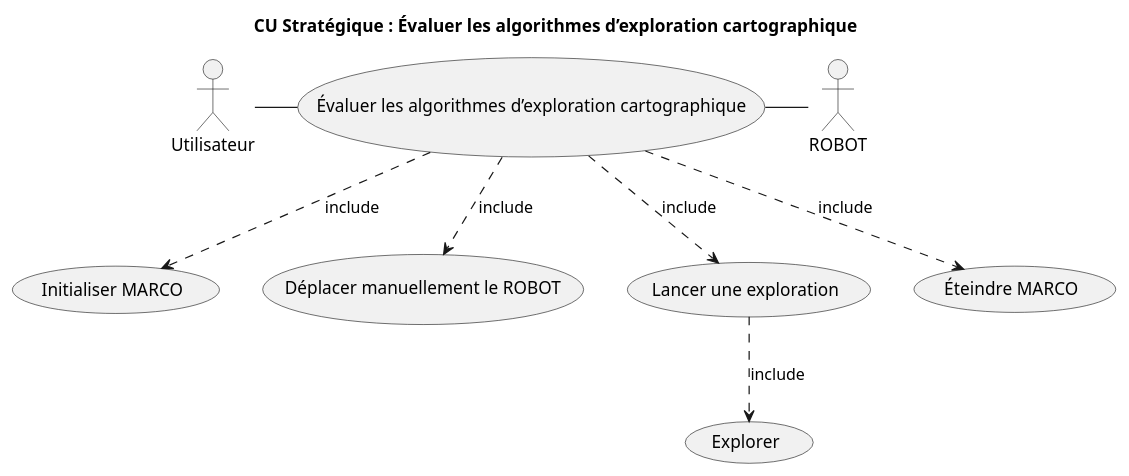
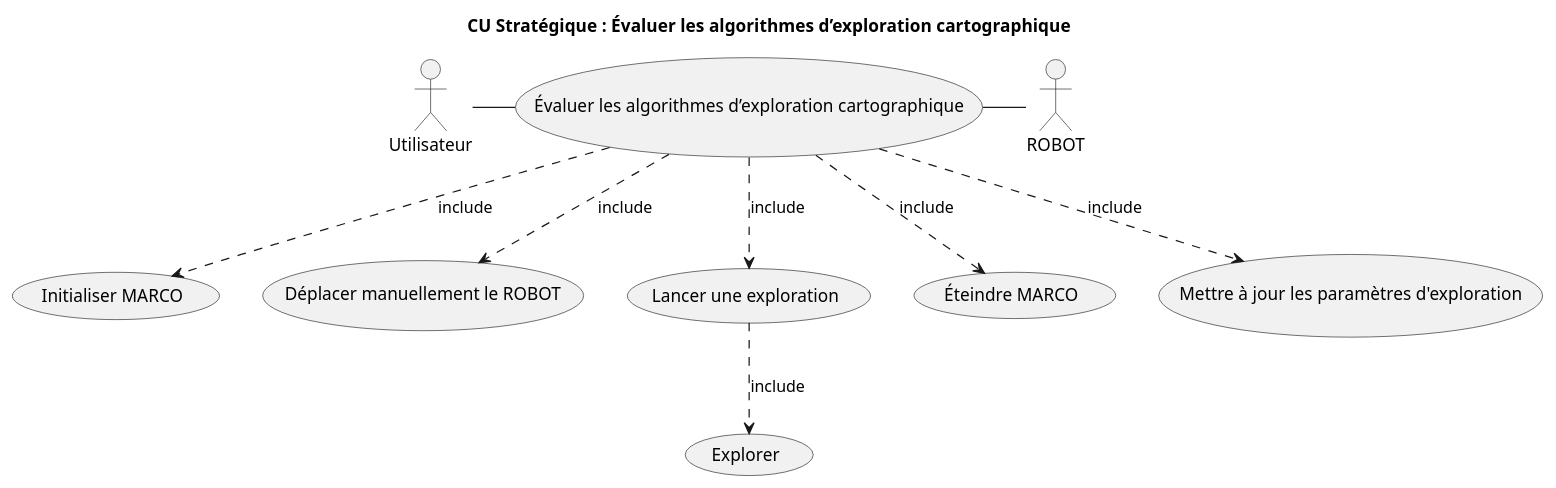
One commit to Larson-09/PATO_Project changed the diagram in Diagrammes UML/1.2.1 CU Stratégique/1.2.1 CU Stratégique.puml. Above: the diagram before and after it, drawn with PlantUML.

Commit message:
ajout du CU manquand

```diff
--- a/Diagrammes UML/1.2.1 CU Stratégique/1.2.1 CU Stratégique.puml
+++ b/Diagrammes UML/1.2.1 CU Stratégique/1.2.1 CU Stratégique.puml
@@ -1,19 +1,21 @@
 @startuml
 'https://plantuml.com/use-case-diagram
 
 title CU Stratégique : Évaluer les algorithmes d’exploration cartographique
 skinparam shadowing false
 
 
 
 Utilisateur as Utilisateur 
 ROBOT as ROBOT
 
 Utilisateur -right- (Évaluer les algorithmes d’exploration cartographique)
 ROBOT -left- (Évaluer les algorithmes d’exploration cartographique)
 (Évaluer les algorithmes d’exploration cartographique) -.> (Initialiser MARCO) : include
 (Évaluer les algorithmes d’exploration cartographique) -.> (Déplacer manuellement le ROBOT) : include
 (Évaluer les algorithmes d’exploration cartographique) -.> (Lancer une exploration) : include
 (Lancer une exploration) -.> (Explorer) : include
 (Évaluer les algorithmes d’exploration cartographique) -.> (Éteindre MARCO) : include
+(Évaluer les algorithmes d’exploration cartographique) -.> (Mettre à jour les paramètres d'exploration) : include
+
 @enduml
```
